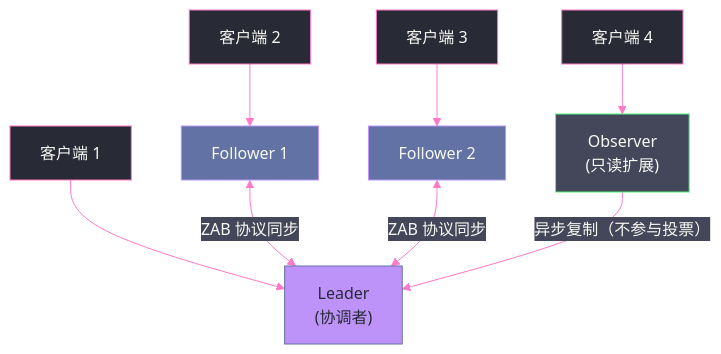
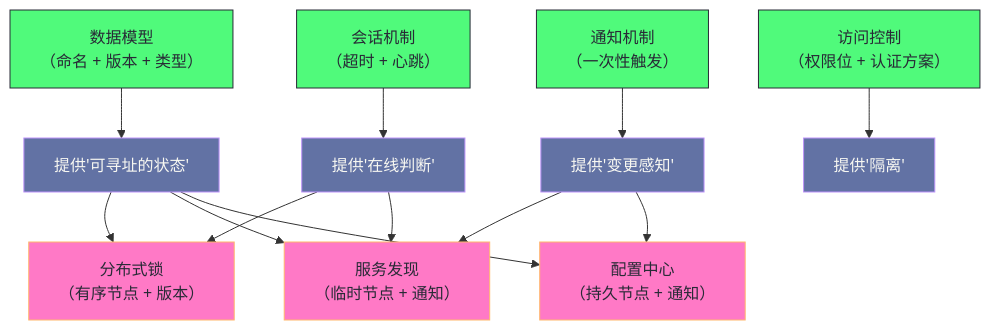
The diagram in content/中间件/Zookeeper/01 ZooKeeper 全局架构——数据模型与会话机制.md (hpliStartAgain/my-brain), drawn with Mermaid before and after one commit. The commit also changed other lines of this file and 56 other files, not shown here.

````diff
--- a/content/中间件/Zookeeper/01 ZooKeeper 全局架构——数据模型与会话机制.md
+++ b/content/中间件/Zookeeper/01 ZooKeeper 全局架构——数据模型与会话机制.md
@@ -357,31 +306,22 @@
 ```mermaid
-%%{init: {'theme': 'base', 'themeVariables': {'primaryColor': '#6272a4', 'primaryTextColor': '#f8f8f2', 'primaryBorderColor': '#bd93f9', 'lineColor': '#ff79c6', 'secondaryColor': '#44475a', 'tertiaryColor': '#282a36'}}}%%
+%%{init: {'theme': 'dracula'}}%%
 graph TD
-    client1["客户端 1"]
-    client2["客户端 2"]
-    client3["客户端 3"]
-    client4["客户端 4"]
+    ZN["数据模型<br/>（命名 + 版本 + 类型）"] --> P1["提供'可寻址的状态'"]
+    WT["通知机制<br/>（一次性触发）"] --> P2["提供'变更感知'"]
+    SS["会话机制<br/>（超时 + 心跳）"] --> P3["提供'在线判断'"]
+    ACL["访问控制<br/>（权限位 + 认证方案）"] --> P4["提供'隔离'"]
+    P1 --> M1["分布式锁<br/>（有序节点 + 版本）"]
+    P3 --> M1
+    P1 --> M2["服务发现<br/>（临时节点 + 通知）"]
+    P2 --> M2
+    P3 --> M2
+    P1 --> M3["配置中心<br/>（持久节点 + 通知）"]
+    P2 --> M3
 
-    leader["Leader</br>(协调者)"]
-    follower1["Follower 1"]
-    follower2["Follower 2"]
-    observer["Observer</br>(只读扩展)"]
-
-    client1 --> leader
-    client2 --> follower1
-    client3 --> follower2
-    client4 --> observer
-
-    follower1 <--> |"ZAB 协议同步"| leader
-    follower2 <--> |"ZAB 协议同步"| leader
-    observer --> |"异步复制（不参与投票）"| leader
-
-    classDef leaderStyle fill:#bd93f9,stroke:#6272a4,color:#282a36
-    classDef followerStyle fill:#6272a4,stroke:#bd93f9,color:#f8f8f2
-    classDef observerStyle fill:#44475a,stroke:#50fa7b,color:#f8f8f2
-    classDef clientStyle fill:#282a36,stroke:#ff79c6,color:#f8f8f2
-    class leader leaderStyle
-    class follower1,follower2 followerStyle
-    class observer observerStyle
-    class client1,client2,client3,client4 clientStyle
+    classDef base fill:#50fa7b,stroke:#282a36,color:#282a36
+    classDef cap fill:#6272a4,stroke:#bd93f9,color:#f8f8f2
+    classDef mech fill:#ff79c6,stroke:#ffb86c,color:#282a36
+    class ZN,WT,SS,ACL base
+    class P1,P2,P3,P4 cap
+    class M1,M2,M3 mech
 ```
````
